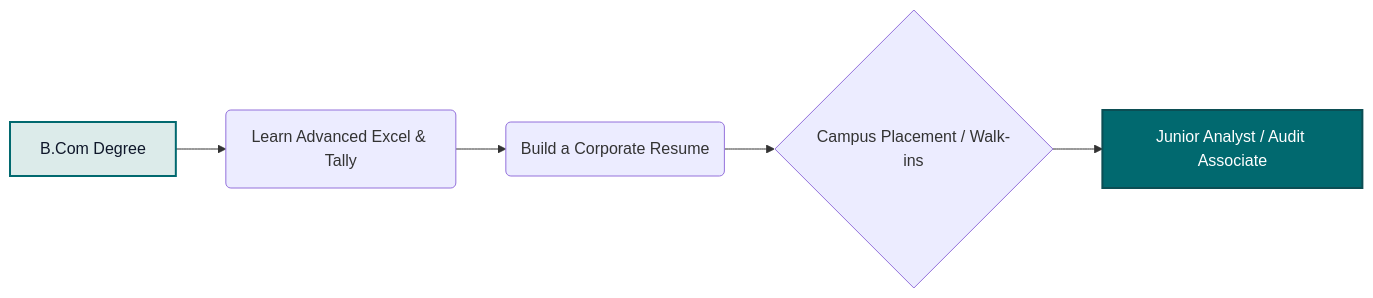
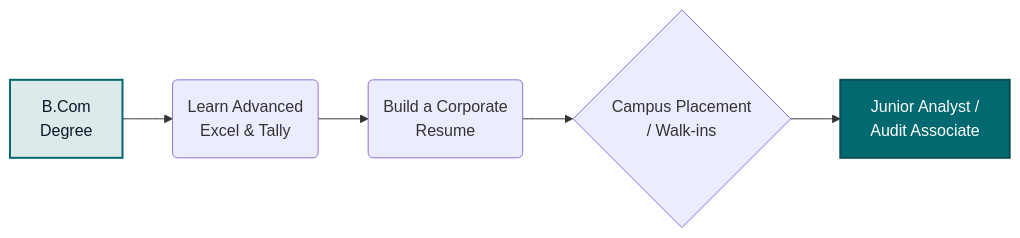
The second of 3 diagrams in curriculum-app/src/content/lessons/ug/bcom/sem5/week17.md (the-career-breweries/tcb-soft-skills), drawn with Mermaid before and after one commit. The commit also changed other lines of this file, not shown here.

Commit message:
style: split long roadmaps into two horizontal lines and add linebreaks to labels to improve magnification during printing

````diff
--- a/curriculum-app/src/content/lessons/ug/bcom/sem5/week17.md
+++ b/curriculum-app/src/content/lessons/ug/bcom/sem5/week17.md
@@ -48,10 +58,10 @@
 ```mermaid
 flowchart LR
-    A[B.Com Degree] --> B(Learn Advanced Excel & Tally)
-    B --> C(Build a Corporate Resume)
-    C --> D{Campus Placement / Walk-ins}
-    D --> E[Junior Analyst / Audit Associate]
+    A[B.Com<br/>Degree] --> B(Learn Advanced<br/>Excel & Tally)
+    B --> C(Build a Corporate<br/>Resume)
+    C --> D{Campus Placement<br/>/ Walk-ins}
+    D --> E[Junior Analyst /<br/>Audit Associate]
     
     style A fill:#dcebea,stroke:#01696f,stroke-width:2px,color:#0f172a
     style E fill:#01696f,stroke:#0c4e54,stroke-width:2px,color:#fff
 ```
````
